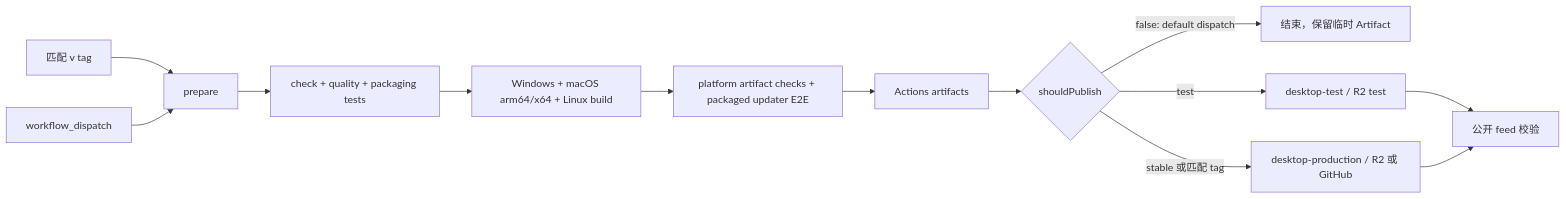
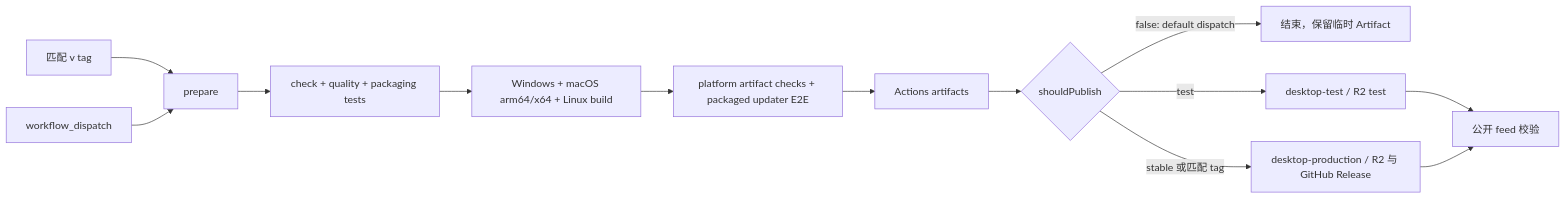
One commit to maomaochong-ai/open-astravia changed the diagram in docs/release/desktop-release-runbook.md. Above: the diagram before and after it, drawn with Mermaid. The commit also changed other lines of this file and 6 other files, not shown here.

First line of the commit message:
ci(desktop): 发版同时上传 GitHub Release 并以发布说明为正文

````diff
--- a/docs/release/desktop-release-runbook.md
+++ b/docs/release/desktop-release-runbook.md
@@ -34,15 +34,15 @@
 ```mermaid
 flowchart LR
     T[匹配 v<package-version> tag] --> P[prepare]
     D[workflow_dispatch] --> P
     P --> Q[check + quality + packaging tests]
     Q --> B[Windows + macOS arm64/x64 + Linux build]
     B --> V[platform artifact checks + packaged updater E2E]
     V --> A[Actions artifacts]
     A --> R{shouldPublish}
     R -->|false: default dispatch| E[结束，保留临时 Artifact]
     R -->|test| RT[desktop-test / R2 test]
-    R -->|stable 或匹配 tag| RS[desktop-production / R2 或 GitHub]
+    R -->|stable 或匹配 tag| RS[desktop-production / R2 与 GitHub Release]
     RT --> F[公开 feed 校验]
     RS --> F
 ```
````
